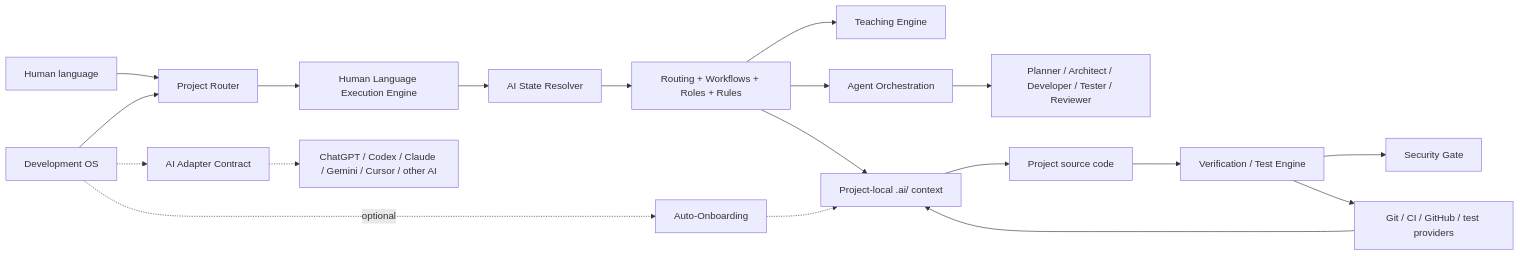
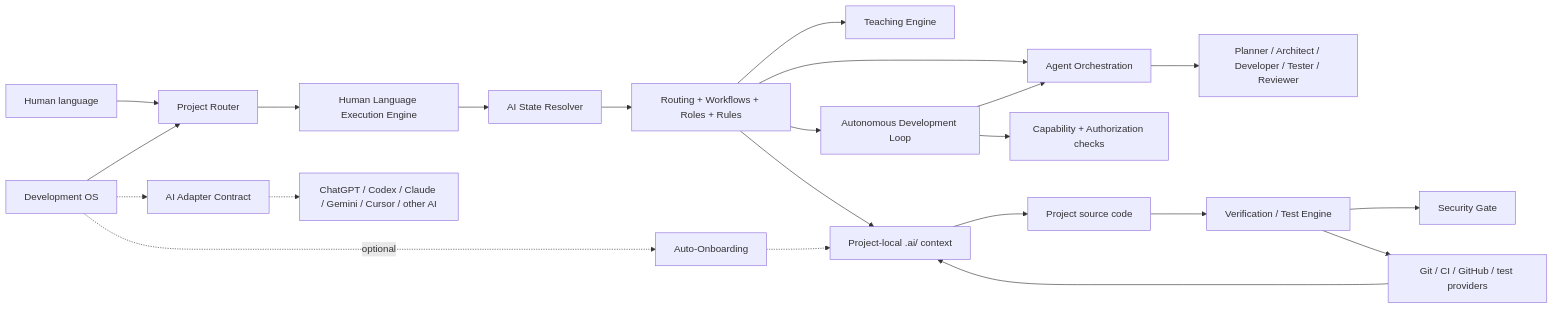
One commit to zzpsah/chatgpt-development-os changed the second of 3 diagrams in docs/ARCHITECTURE.md. Above: the diagram before and after it, drawn with Mermaid. The commit also changed other lines of this file, not shown here.

Commit message:
docs: integrate autonomous development loop architecture

````diff
--- a/docs/ARCHITECTURE.md
+++ b/docs/ARCHITECTURE.md
@@ -46,21 +46,24 @@
 ```mermaid
 flowchart LR
     H[Human language] --> R[Project Router]
     R --> E[Human Language Execution Engine]
     E --> SR[AI State Resolver]
     SR --> W[Routing + Workflows + Roles + Rules]
     W --> TE[Teaching Engine]
     W --> AO[Agent Orchestration]
+    W --> AL[Autonomous Development Loop]
     W --> PM[Project-local .ai/ context]
     AO --> ROLES[Planner / Architect / Developer / Tester / Reviewer]
+    AL --> AO
+    AL --> CAP[Capability + Authorization checks]
     PM --> SRC[Project source code]
     SRC --> V[Verification / Test Engine]
     V --> SG[Security Gate]
     V --> GH[Git / CI / GitHub / test providers]
     GH --> PM
     OS[Development OS] --> R
     OS -.-> AD[AI Adapter Contract]
     AD -.-> AI[ChatGPT / Codex / Claude / Gemini / Cursor / other AI]
     OS -. optional .-> AON[Auto-Onboarding]
     AON -.-> PM
 ```
````
